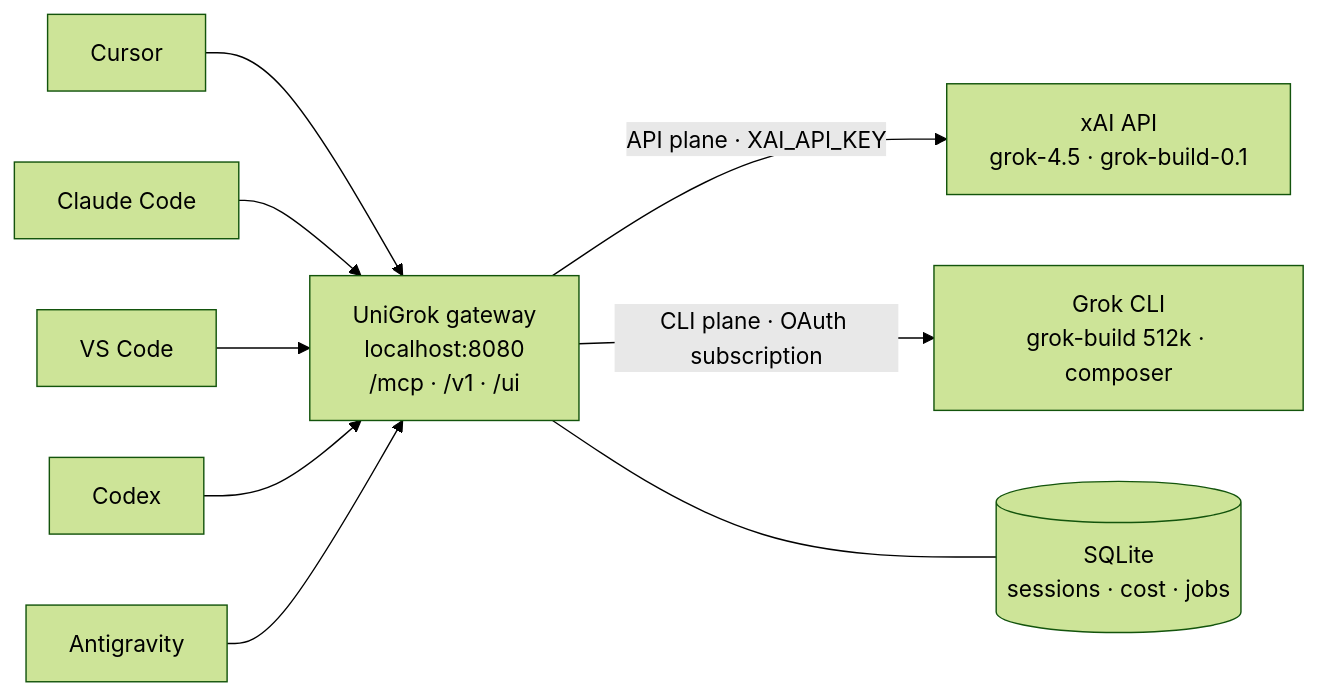
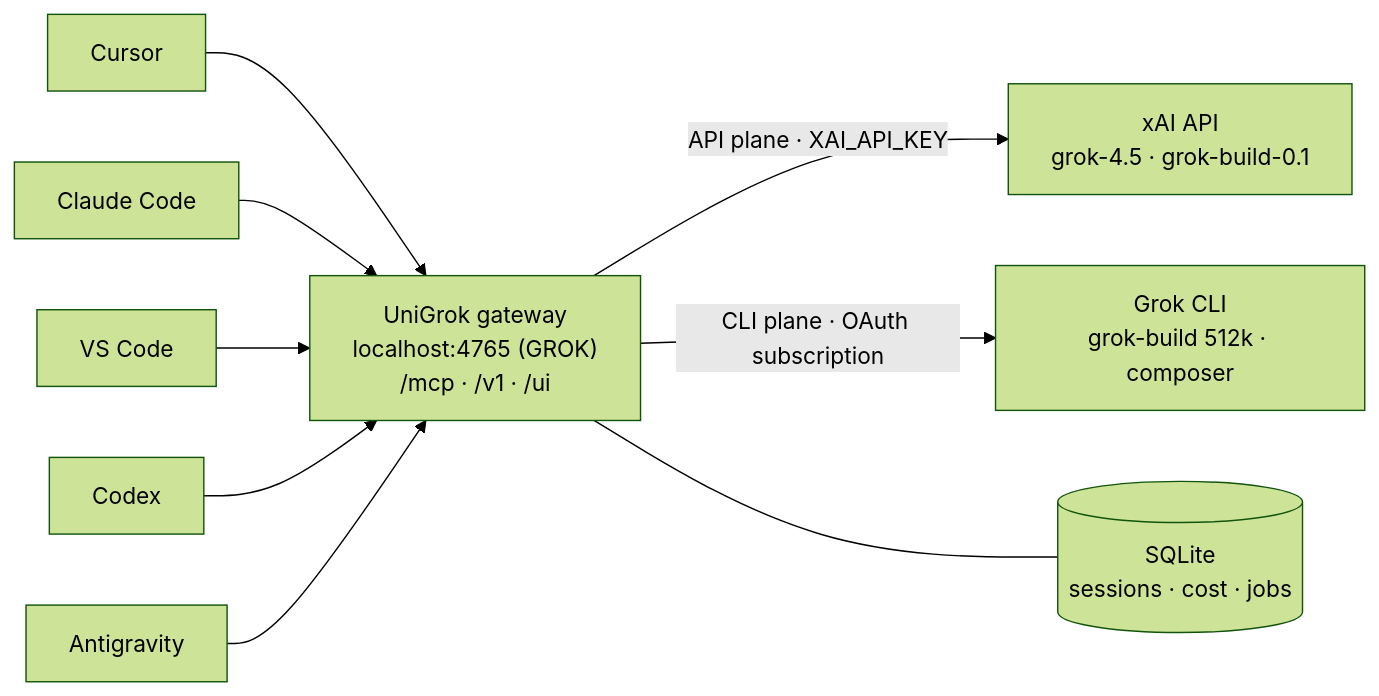
One commit to djtelicloud/grok-mcp-server changed the diagram in README.md. Above: the diagram before and after it, drawn with Mermaid (forest theme). The commit also changed other lines of this file and 33 other files, not shown here.

````diff
--- a/README.md
+++ b/README.md
@@ -270,12 +270,12 @@
 ```mermaid
 flowchart LR
     CU[Cursor] --> GW
     CC[Claude Code] --> GW
     VS[VS Code] --> GW
     CX[Codex] --> GW
     AG[Antigravity] --> GW
-    GW["UniGrok gateway<br/>localhost:8080<br/>/mcp · /v1 · /ui"]
+    GW["UniGrok gateway<br/>localhost:4765 (GROK)<br/>/mcp · /v1 · /ui"]
     GW -->|API plane · XAI_API_KEY| API["xAI API<br/>grok-4.5 · grok-build-0.1"]
     GW -->|CLI plane · OAuth subscription| CLI["Grok CLI<br/>grok-build 512k · composer"]
     GW --- ST[("SQLite<br/>sessions · cost · jobs")]
 ```
````
